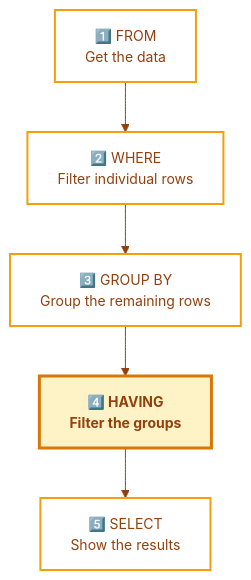
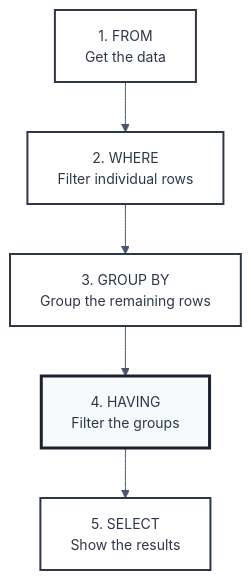
One commit to MayankBambal/mayankbambal.github.io changed the first of 2 diagrams in super_sql_guide/level_1/Chapter1/Module4.md. Above: the diagram before and after it, drawn with Mermaid. The commit also changed other lines of this file and 3 other files, not shown here.

````diff
--- a/super_sql_guide/level_1/Chapter1/Module4.md
+++ b/super_sql_guide/level_1/Chapter1/Module4.md
@@ -26,25 +28,25 @@
 ```mermaid
 ---
 config:
   theme: base
   themeVariables:
-    primaryColor: '#f59e0b'
+    primaryColor: '#2d3748'
     primaryTextColor: '#ffffff'
-    primaryBorderColor: '#d97706'
-    lineColor: '#92400e'
-    secondaryColor: '#fef3c7'
+    primaryBorderColor: '#1a202c'
+    lineColor: '#4a5568'
+    secondaryColor: '#f7fafc'
     background: '#ffffff'
     fontSize: '14px'
 ---
 flowchart TD
-    A["1️⃣ FROM<br/>Get the data"] 
-    B["2️⃣ WHERE<br/>Filter individual rows"]
-    C["3️⃣ GROUP BY<br/>Group the remaining rows"]
-    D["4️⃣ HAVING<br/>Filter the groups"]:::highlight
-    E["5️⃣ SELECT<br/>Show the results"]
+    A["1. FROM<br/>Get the data"] 
+    B["2. WHERE<br/>Filter individual rows"]
+    C["3. GROUP BY<br/>Group the remaining rows"]
+    D["4. HAVING<br/>Filter the groups"]:::highlight
+    E["5. SELECT<br/>Show the results"]
     
     A --> B --> C --> D --> E
     
-    classDef default fill:#ffffff,stroke:#f59e0b,stroke-width:2px,color:#92400e
-    classDef highlight fill:#fef3c7,stroke:#d97706,stroke-width:3px,color:#92400e,font-weight:bold
+    classDef default fill:#ffffff,stroke:#2d3748,stroke-width:2px,color:#2d3748
+    classDef highlight fill:#f7fafc,stroke:#1a202c,stroke-width:3px,color:#2d3748
 ```
````
